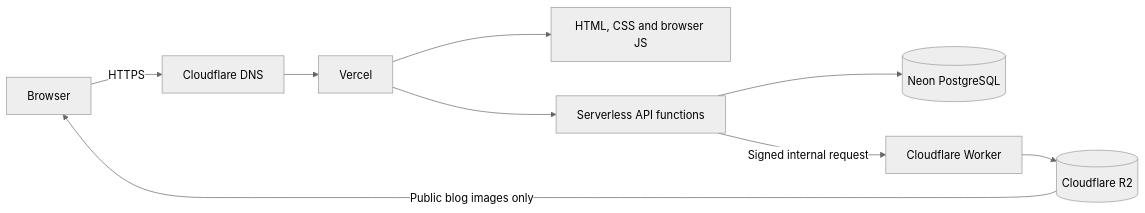
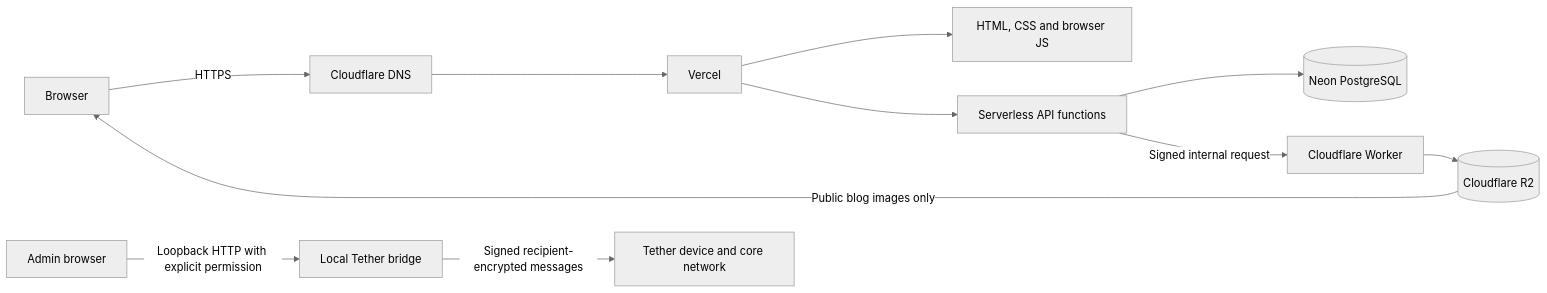
Before and after one commit to basanta-bhandari/Portfolio: the first of 3 diagrams in docs/INFRASTRUCTURE.md, drawn with Mermaid (neutral theme). The commit also changed other lines of this file and 9 other files, not shown here.

````diff
--- a/docs/INFRASTRUCTURE.md
+++ b/docs/INFRASTRUCTURE.md
@@ -11,11 +11,13 @@
 ```mermaid
 flowchart LR
     Visitor[Browser] -->|HTTPS| CF[Cloudflare DNS]
     CF --> V[Vercel]
     V --> Static[HTML, CSS and browser JS]
     V --> API[Serverless API functions]
     API --> N[(Neon PostgreSQL)]
     API -->|Signed internal request| W[Cloudflare Worker]
     W --> R2[(Cloudflare R2)]
     R2 -->|Public blog images only| Visitor
+    Admin[Admin browser] -->|Loopback HTTP with explicit permission| Bridge[Local Tether bridge]
+    Bridge -->|Signed recipient-encrypted messages| Mesh[Tether device and core network]
 ```
````
